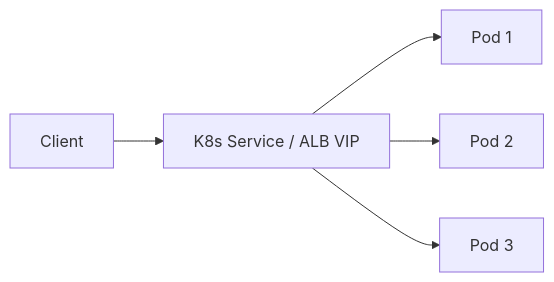
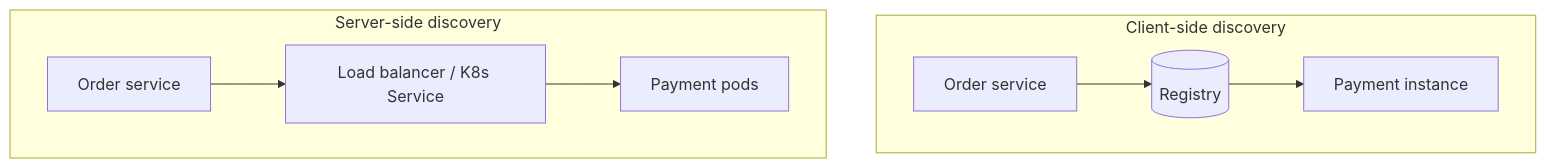
Before and after one commit to hareramcse/SystemDesign: diagram 17 of 28 in 08-microservices/README.md, drawn with Mermaid. The commit also changed other lines of this file, not shown here.

````diff
--- a/08-microservices/README.md
+++ b/08-microservices/README.md
@@ -1041,7 +1491,11 @@
 ```mermaid
-flowchart LR
-    C[Client] --> VIP[K8s Service / ALB VIP]
-    VIP --> P1[Pod 1]
-    VIP --> P2[Pod 2]
-    VIP --> P3[Pod 3]
+flowchart TB
+    subgraph client [Client-side discovery]
+        O1[Order service] --> R1[(Registry)]
+        R1 --> P1[Payment instance]
+    end
+    subgraph server [Server-side discovery]
+        O2[Order service] --> LB[Load balancer / K8s Service]
+        LB --> P2[Payment pods]
+    end
 ```
````
